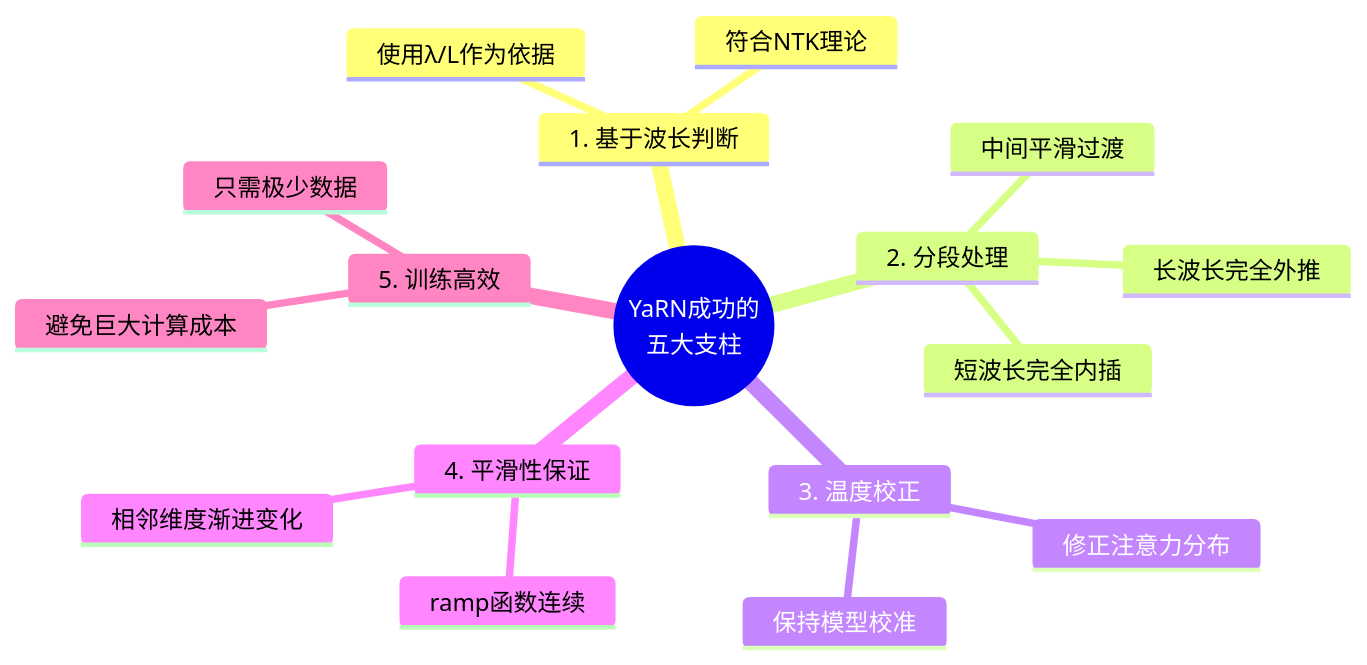
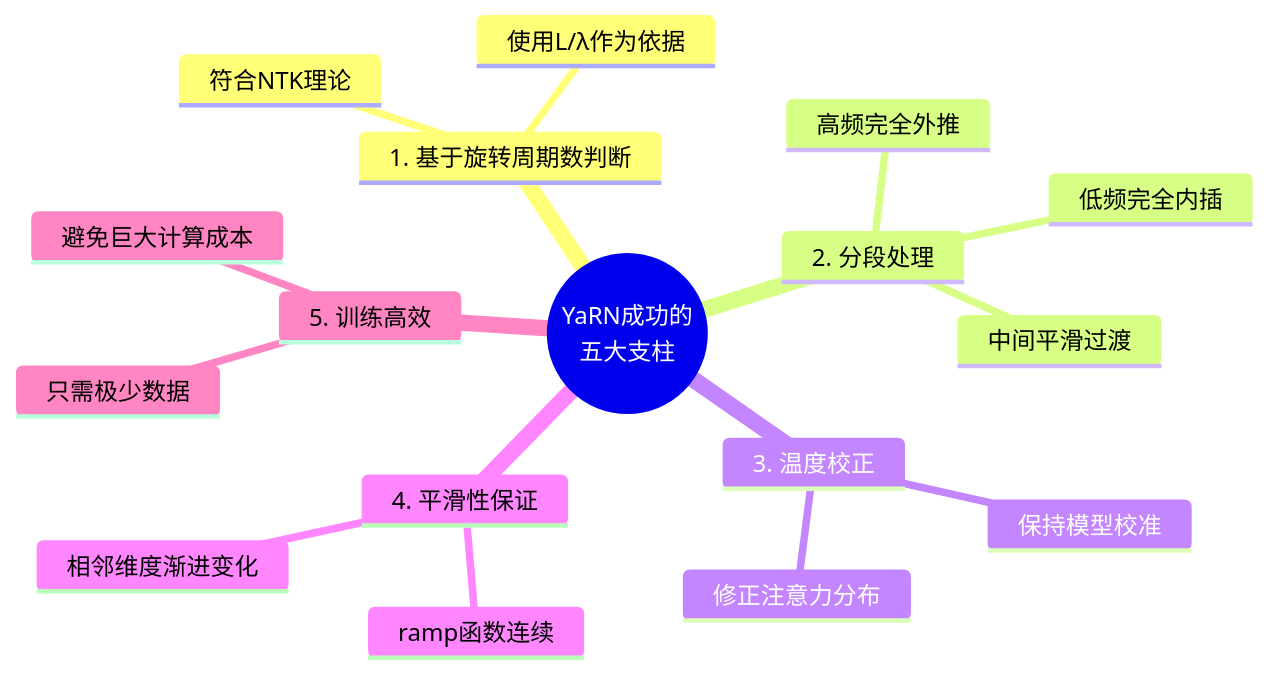
The fifth of 9 diagrams in _posts/2026-02-05-yarn-context-extension.md (is-Aaron/is-Aaron.github.io), drawn with Mermaid before and after one commit. The commit also changed other lines of this file and 15 other files, not shown here.

````diff
--- a/_posts/2026-02-05-yarn-context-extension.md
+++ b/_posts/2026-02-05-yarn-context-extension.md
@@ -275,20 +276,20 @@
 ```mermaid
 mindmap
   root((YaRN成功的<br/>五大支柱))
-    1. 基于波长判断
-      使用λ/L作为依据
+    1. 基于旋转周期数判断
+      使用L/λ作为依据
       符合NTK理论
     2. 分段处理
-      短波长完全内插
-      长波长完全外推
+      高频完全外推
+      低频完全内插
       中间平滑过渡
     3. 温度校正
       修正注意力分布
       保持模型校准
     4. 平滑性保证
       ramp函数连续
       相邻维度渐进变化
     5. 训练高效
       只需极少数据
       避免巨大计算成本
 ```
````
